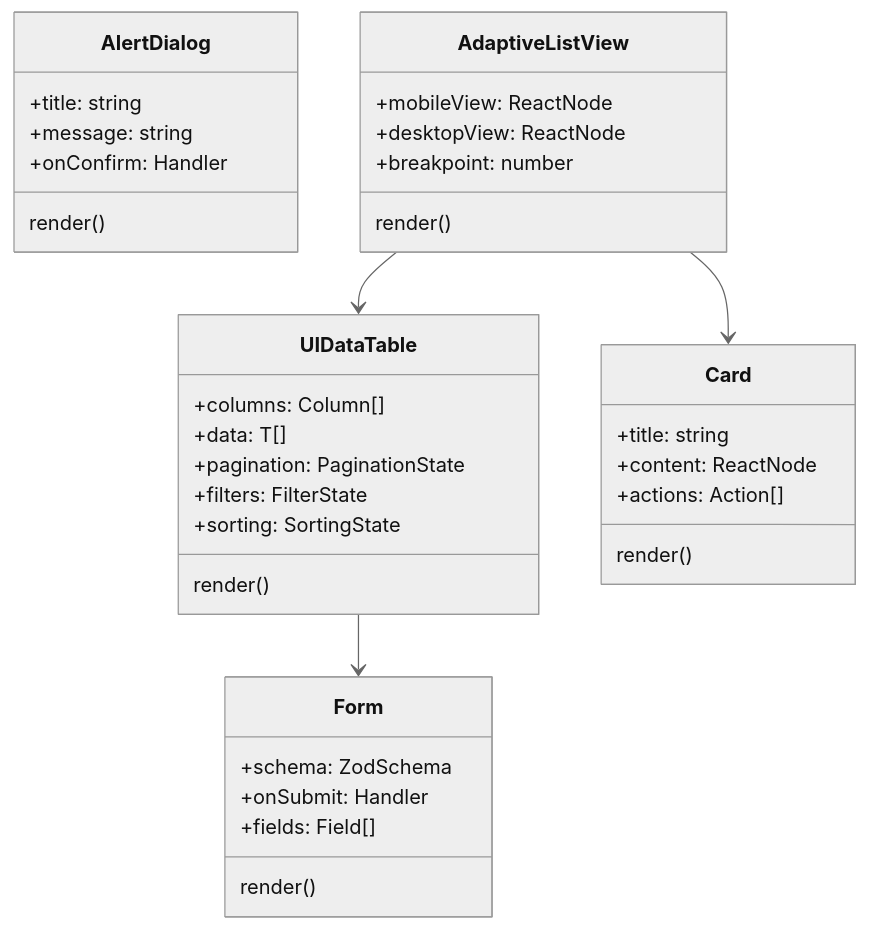
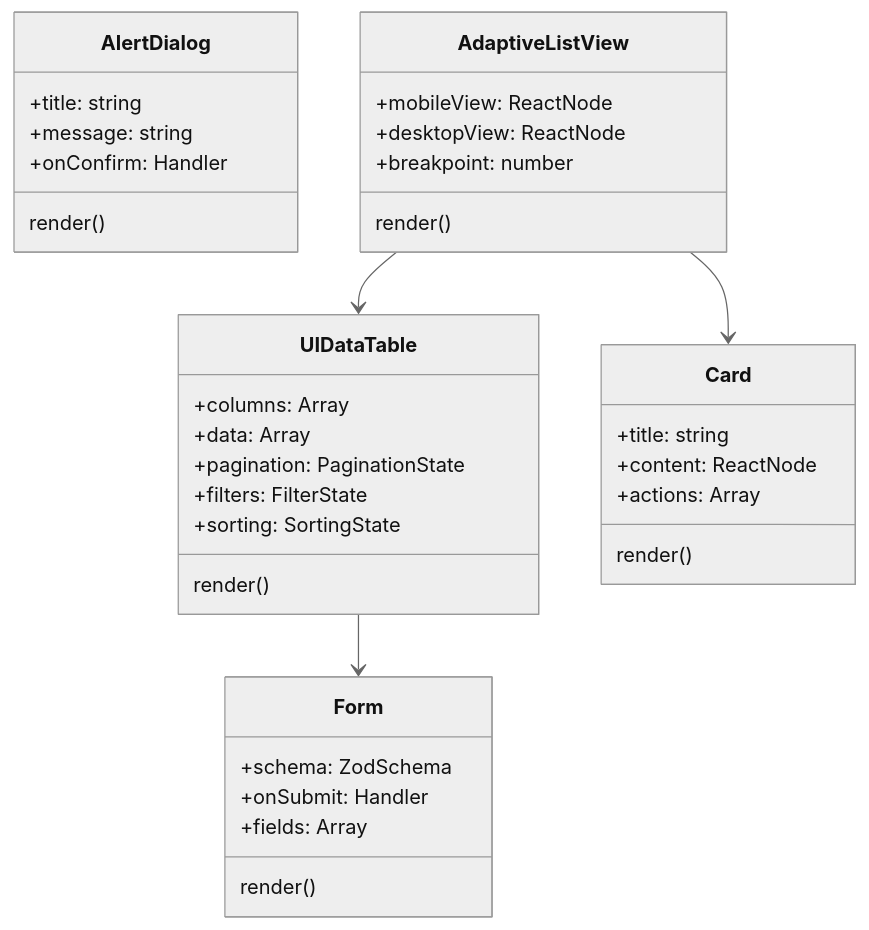
Before and after one commit to MAAC77/docs-hr: the sixth of 6 diagrams in 02-arquitectura-del-sistema/03-arquitectura-frontend.md, drawn with Mermaid (neutral theme). The commit also changed 12 other files, not shown here.

````diff
--- a/02-arquitectura-del-sistema/03-arquitectura-frontend.md
+++ b/02-arquitectura-del-sistema/03-arquitectura-frontend.md
@@ -236,43 +236,43 @@
 ```mermaid
 classDiagram
     class UIDataTable {
-        +columns: Column[]
-        +data: T[]
+        +columns: Array
+        +data: Array
         +pagination: PaginationState
         +filters: FilterState
         +sorting: SortingState
         render()
     }
 
     class Card {
         +title: string
         +content: ReactNode
-        +actions: Action[]
+        +actions: Array
         render()
     }
 
     class Form {
         +schema: ZodSchema
         +onSubmit: Handler
-        +fields: Field[]
+        +fields: Array
         render()
     }
 
     class AlertDialog {
         +title: string
         +message: string
         +onConfirm: Handler
         render()
     }
 
     class AdaptiveListView {
         +mobileView: ReactNode
         +desktopView: ReactNode
         +breakpoint: number
         render()
     }
 
     AdaptiveListView --> UIDataTable
     AdaptiveListView --> Card
     UIDataTable --> Form
 ```
````
